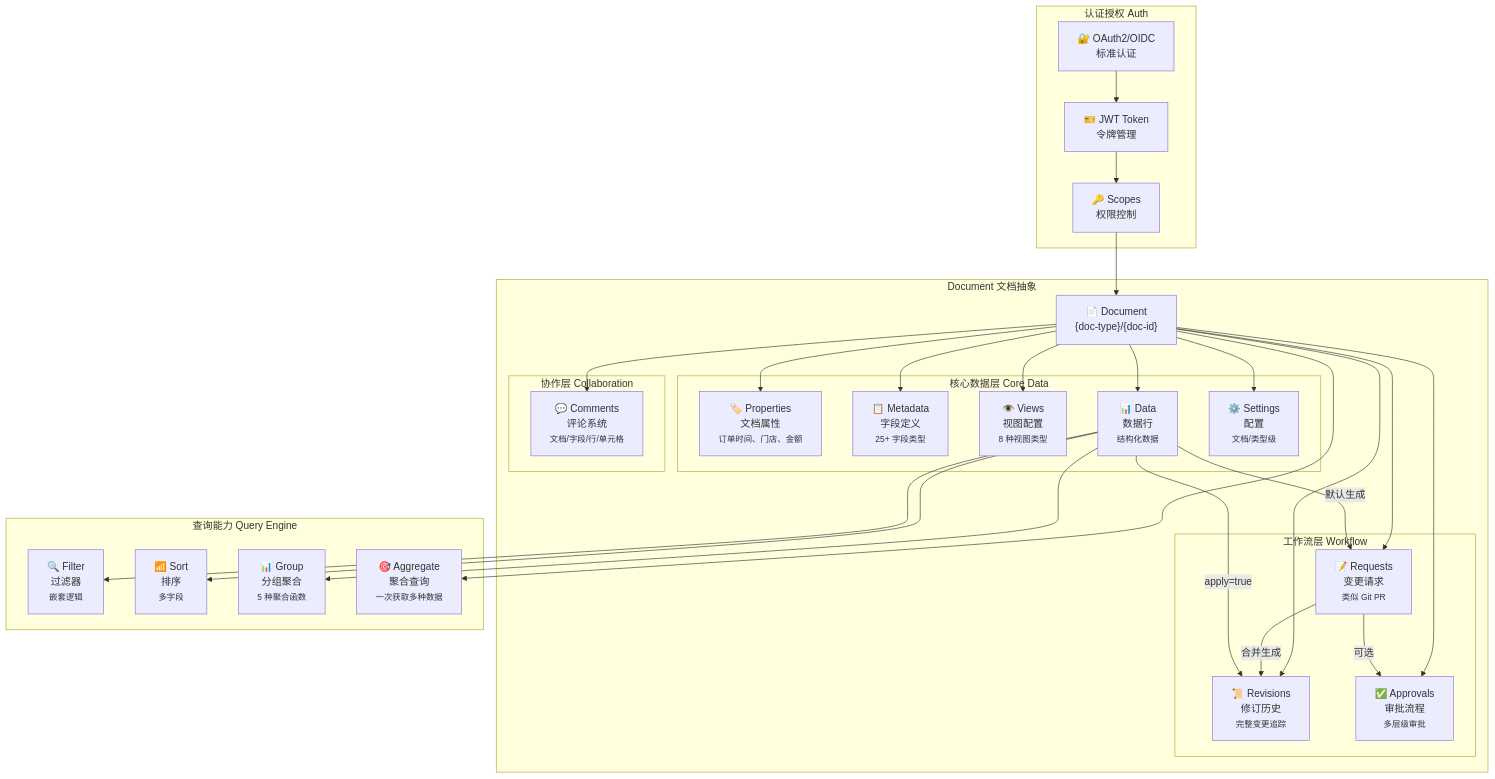
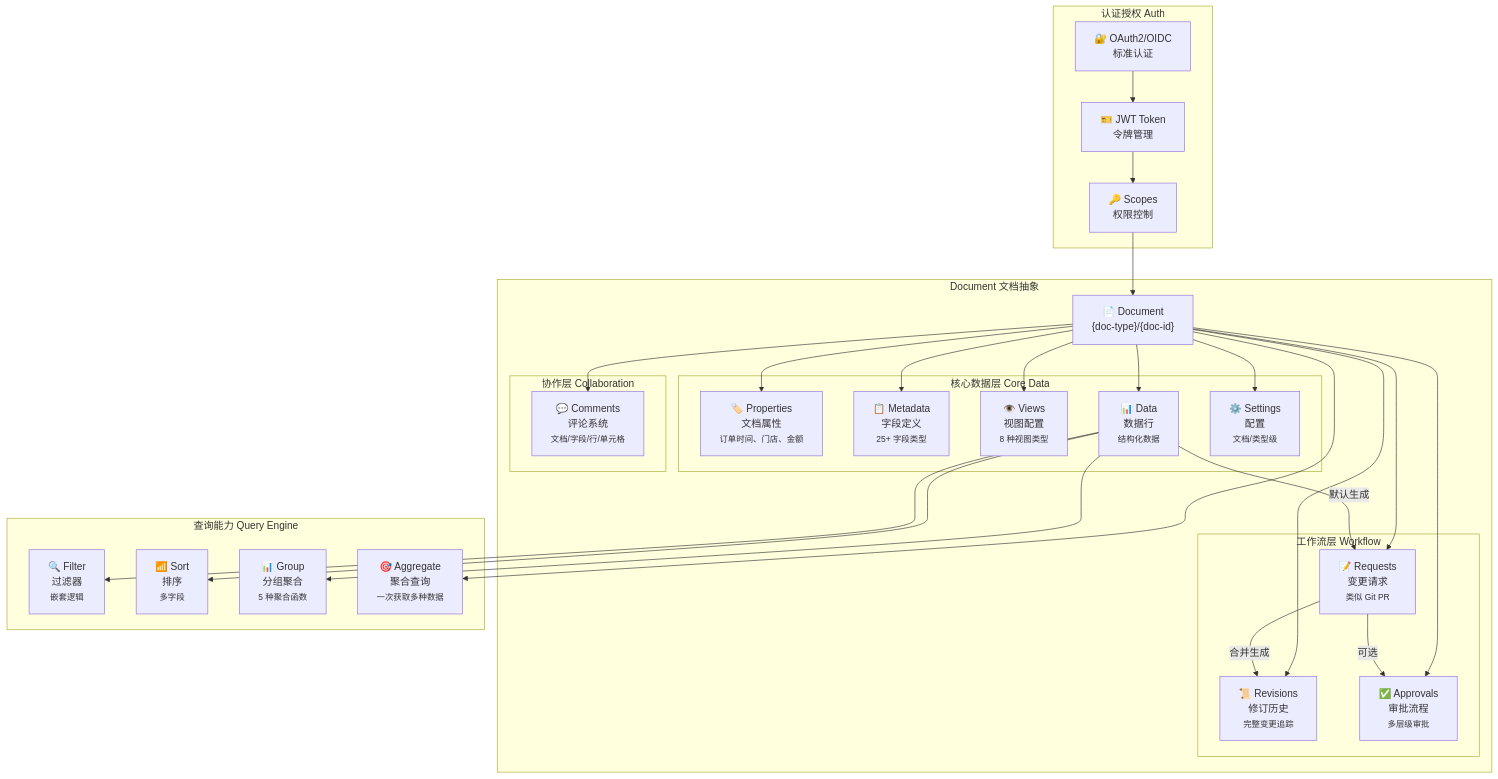
One commit to apexroc/nexusbook-api changed the first of 4 diagrams in docs-src/guides/architecture.md. Above: the diagram before and after it, drawn with Mermaid. The commit also changed 5 other files, not shown here.

Commit message:
docs(guides): 统一写操作到 requestId 工作流；批量操作改为 BulkUpdate；移除/标注 apply 已废弃；示例与最佳实践同步；开发指南输出说明修正；架构图移除 apply 边

````diff
--- a/docs-src/guides/architecture.md
+++ b/docs-src/guides/architecture.md
@@ -7,61 +7,61 @@
 ```mermaid
 graph TB
     subgraph "Document 文档抽象"
         Doc["📄 Document<br/>{doc-type}/{doc-id}"]
         
         subgraph "核心数据层 Core Data"
             Props["🏷️ Properties<br/>文档属性<br/><small>订单时间、门店、金额</small>"]
             Meta["📋 Metadata<br/>字段定义<br/><small>25+ 字段类型</small>"]
             Views["👁️ Views<br/>视图配置<br/><small>8 种视图类型</small>"]
             Data["📊 Data<br/>数据行<br/><small>结构化数据</small>"]
             Settings["⚙️ Settings<br/>配置<br/><small>文档/类型级</small>"]
         end
         
         subgraph "协作层 Collaboration"
             Comments["💬 Comments<br/>评论系统<br/><small>文档/字段/行/单元格</small>"]
         end
         
         subgraph "工作流层 Workflow"
             Requests["📝 Requests<br/>变更请求<br/><small>类似 Git PR</small>"]
             Revisions["📜 Revisions<br/>修订历史<br/><small>完整变更追踪</small>"]
             Approvals["✅ Approvals<br/>审批流程<br/><small>多层级审批</small>"]
         end
     end
     
     subgraph "查询能力 Query Engine"
         Filter["🔍 Filter<br/>过滤器<br/><small>嵌套逻辑</small>"]
         Sort["📶 Sort<br/>排序<br/><small>多字段</small>"]
         Group["📊 Group<br/>分组聚合<br/><small>5 种聚合函数</small>"]
         Aggregate["🎯 Aggregate<br/>聚合查询<br/><small>一次获取多种数据</small>"]
     end
     
     subgraph "认证授权 Auth"
         OAuth["🔐 OAuth2/OIDC<br/>标准认证"]
         Token["🎫 JWT Token<br/>令牌管理"]
         Scope["🔑 Scopes<br/>权限控制"]
     end
     
     Doc --> Props
     Doc --> Meta
     Doc --> Views
     Doc --> Data
     Doc --> Settings
     Doc --> Comments
     Doc --> Requests
     Doc --> Revisions
     Doc --> Approvals
     
     Data --> Filter
     Data --> Sort
     Data --> Group
     Doc --> Aggregate
     
     Requests -->|合并生成| Revisions
     Requests -->|可选| Approvals
     Data -->|默认生成| Requests
-    Data -->|apply=true| Revisions
+    %% Removed apply=true edge
     
     OAuth --> Token
     Token --> Scope
     Scope --> Doc
 ```
````
